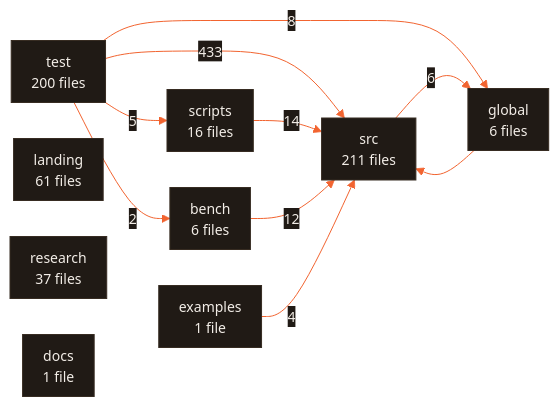
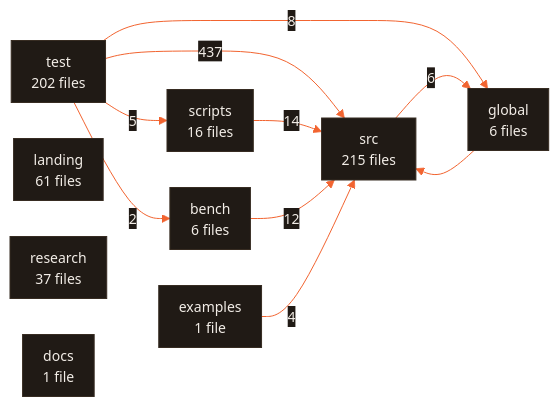
Before and after one commit to CodeWithJuber/forgekit: the diagram in ARCHITECTURE.md, drawn with Mermaid. The commit also changed 18 other files, not shown here.

````diff
--- a/ARCHITECTURE.md
+++ b/ARCHITECTURE.md
@@ -676,22 +676,22 @@
 ```mermaid
 %%{init: {'theme':'base','themeVariables':{'primaryColor':'#201a15','primaryTextColor':'#f2ede7','primaryBorderColor':'#372c22','lineColor':'#f26430','secondaryColor':'#272019','tertiaryColor':'#171310','edgeLabelBackground':'#201a15','clusterBkg':'#171310','clusterBorder':'#4a3b2e','fontFamily':'ui-sans-serif, system-ui, sans-serif','fontSize':'14px'},'flowchart':{'curve':'basis','padding':10,'nodeSpacing':36,'rankSpacing':44}}}%%
 flowchart LR
-  src["src<br/>211 files"]
-  test["test<br/>200 files"]
+  src["src<br/>215 files"]
+  test["test<br/>202 files"]
   landing["landing<br/>61 files"]
   research["research<br/>37 files"]
   scripts["scripts<br/>16 files"]
   bench["bench<br/>6 files"]
   global["global<br/>6 files"]
   docs["docs<br/>1 file"]
   examples["examples<br/>1 file"]
-  test -- 433 --> src
+  test -- 437 --> src
   scripts -- 14 --> src
   bench -- 12 --> src
   test -- 8 --> global
   src -- 6 --> global
   test -- 5 --> scripts
   examples -- 4 --> src
   test -- 2 --> bench
   global --> src
 ```
````
